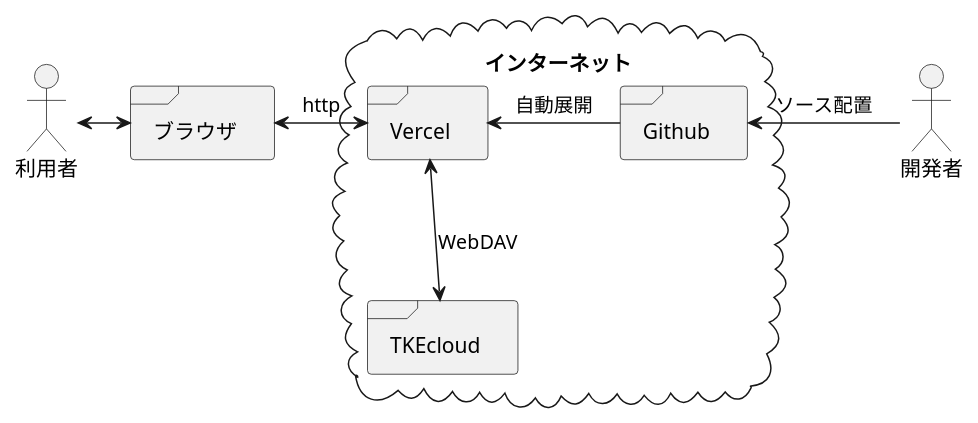
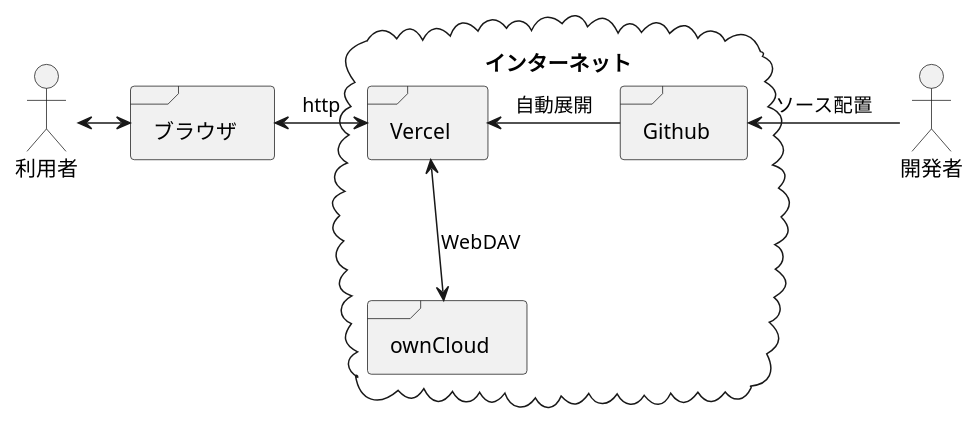
The diagram in fig1.puml (HelicobacterPylori/onePage), drawn with PlantUML before and after one commit.

Commit message:
update typo

```diff
--- a/fig1.puml
+++ b/fig1.puml
@@ -1,16 +1,16 @@
 @startuml
 actor user1 as "利用者"
 frame browser as "ブラウザ"
 cloud internet as "インターネット" {
   frame Vercel
   frame Github
-  frame TKEcloud
+  frame ownCloud
 }
 user1 <-right-> browser
 browser <-right-> Vercel : http
 Vercel <-right- Github : 自動展開
-Vercel <-down-> TKEcloud :WebDAV
+Vercel <-down-> ownCloud :WebDAV
 
 actor dev1 as "開発者"
 dev1 -left-> Github : ソース配置
 @enduml
```
